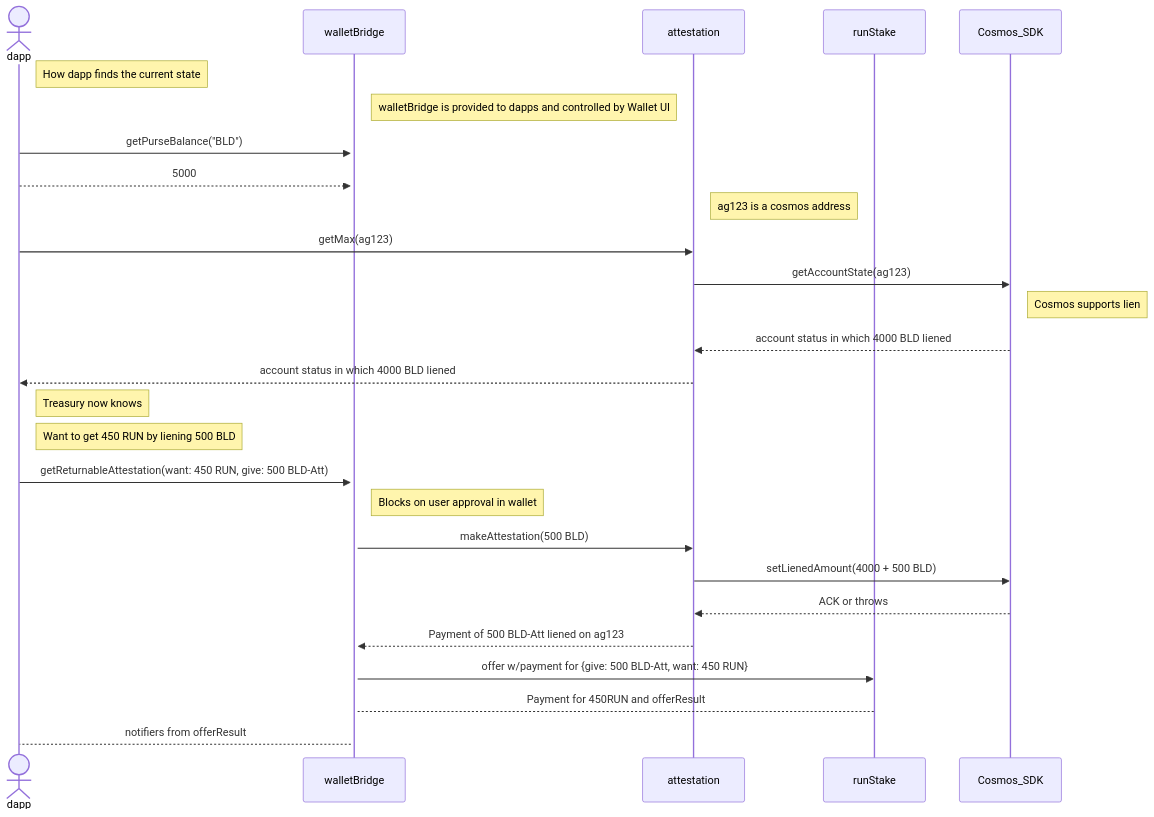
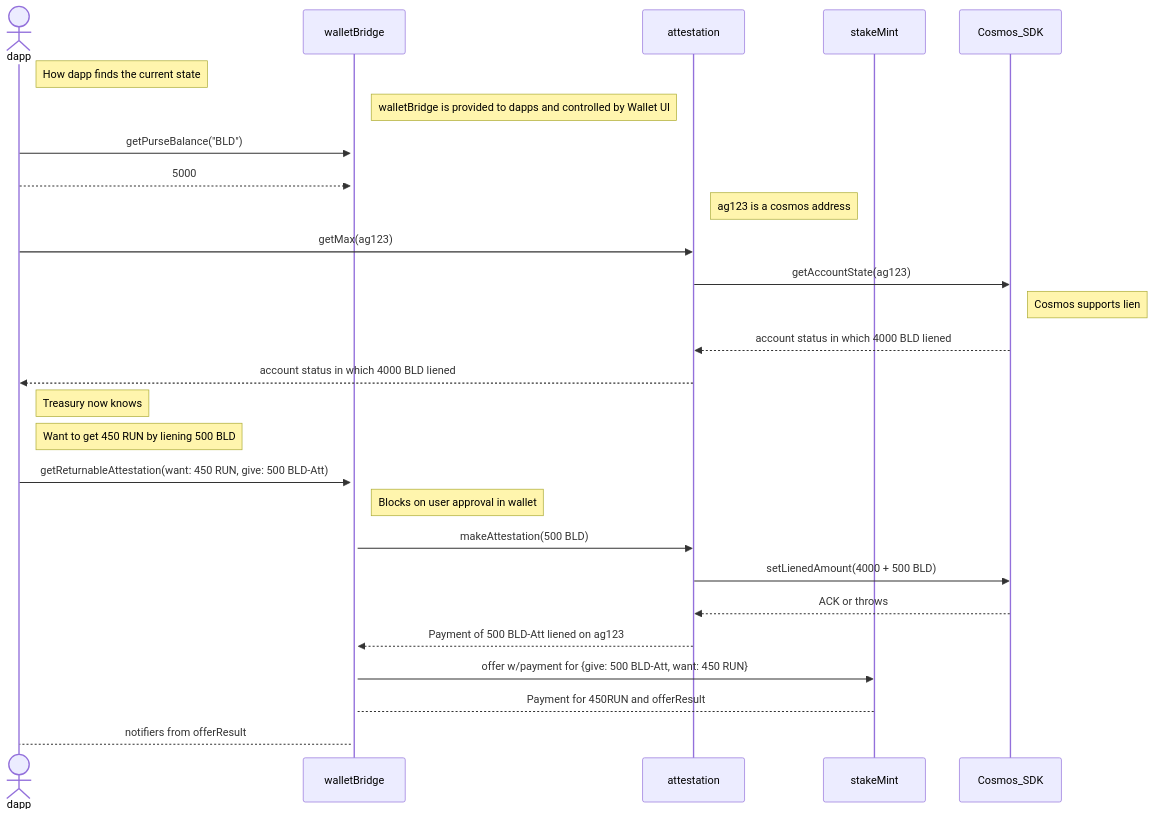
The diagram in packages/inter-protocol/src/stakeMint/README.md (Agoric/agoric-sdk), drawn with Mermaid before and after one commit. The commit also changed other lines of this file and 13 other files, not shown here.

Commit message:
refactor: s/runStake/stakeMint/I

````diff
--- a/packages/inter-protocol/src/stakeMint/README.md
+++ b/packages/inter-protocol/src/stakeMint/README.md
@@ -17,36 +17,36 @@
 ```mermaid
 sequenceDiagram
     actor dapp
     participant walletBridge
     participant attestation
-    participant runStake
+    participant stakeMint
     participant Cosmos_SDK
 
     note right of dapp: How dapp finds the current state
 
     note right of walletBridge: walletBridge is provided to dapps and controlled by Wallet UI
     dapp ->>+ walletBridge: getPurseBalance("BLD")
     dapp -->> walletBridge: 5000
 
     note right of attestation: ag123 is a cosmos address
     dapp ->> attestation: getMax(ag123)
     attestation ->> Cosmos_SDK: getAccountState(ag123)
     note right of Cosmos_SDK: Cosmos supports lien
     Cosmos_SDK -->> attestation: account status in which 4000 BLD liened
     attestation  -->> dapp: account status in which 4000 BLD liened
     note right of dapp: Treasury now knows
 
     note right of dapp: Want to get 450 RUN by liening 500 BLD
     dapp ->> walletBridge: getReturnableAttestation(want: 450 RUN, give: 500 BLD-Att)
     note right of walletBridge: Blocks on user approval in wallet
     walletBridge ->> attestation: makeAttestation(500 BLD)
     attestation ->> Cosmos_SDK: setLienedAmount(4000 + 500 BLD)
     Cosmos_SDK -->> attestation: ACK or throws
 
     attestation -->> walletBridge: Payment of 500 BLD-Att liened on ag123
 
-    walletBridge ->> runStake: offer w/payment for {give: 500 BLD-Att, want: 450 RUN} 
+    walletBridge ->> stakeMint: offer w/payment for {give: 500 BLD-Att, want: 450 RUN} 
 
-    runStake --> walletBridge: Payment for 450RUN and offerResult
+    stakeMint --> walletBridge: Payment for 450RUN and offerResult
     walletBridge --> dapp: notifiers from offerResult
 ```
````
